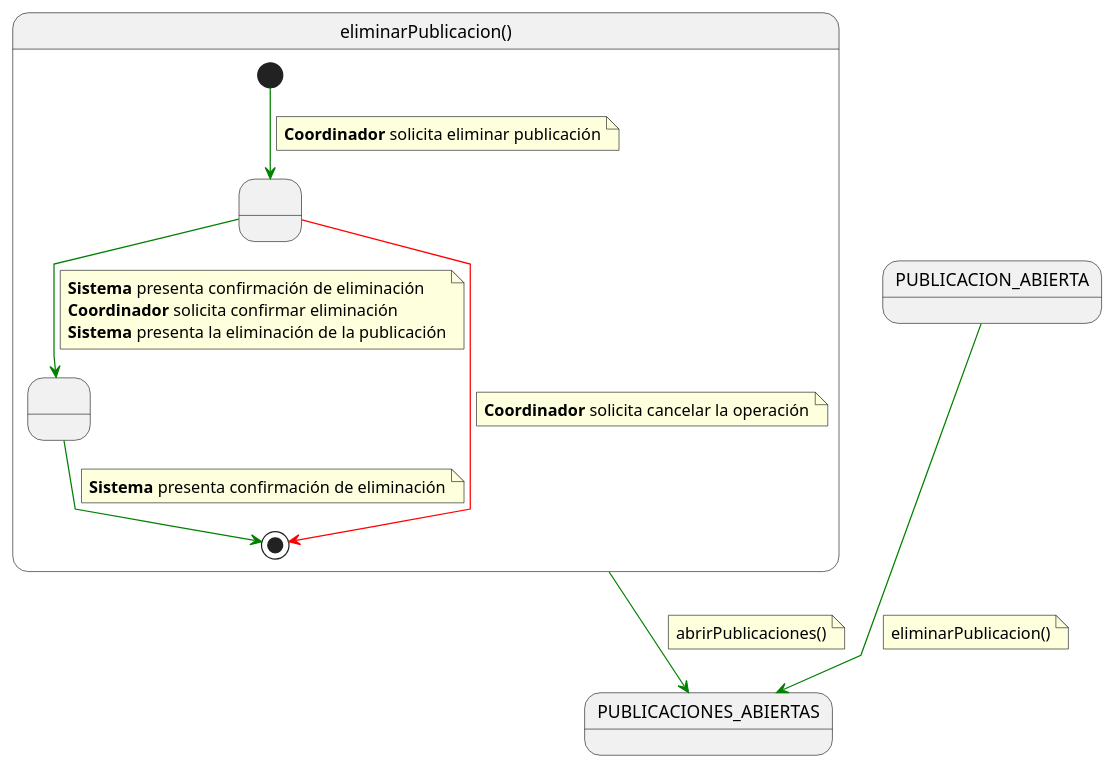
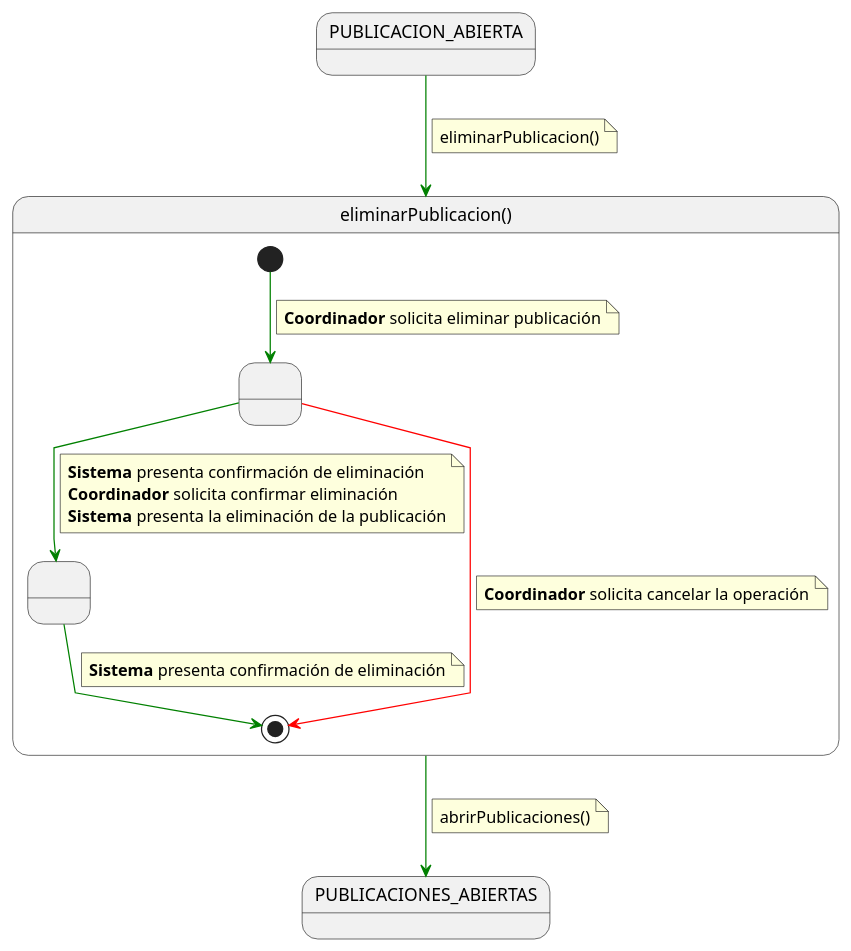
The diagram in documentación/CasosDeUso/Detalle/Coordinador/07-publicaciones/eliminarPublicacion.puml (31Diego/25-26-IdSw1-SdR), drawn with PlantUML before and after one commit. The commit also changed 18 other files, not shown here.

```diff
--- a/documentación/CasosDeUso/Detalle/Coordinador/07-publicaciones/eliminarPublicacion.puml
+++ b/documentación/CasosDeUso/Detalle/Coordinador/07-publicaciones/eliminarPublicacion.puml
@@ -1,43 +1,46 @@
 @startuml eliminarPublicacion
 
 skinparam linetype polyline
+
+state in2 as "PUBLICACION_ABIERTA"
+in2 -[#green]-> eliminarPublicacion
+note on link
+eliminarPublicacion()
+end note
 
 state eliminarPublicacion as "eliminarPublicacion()" {
 
     state " " as ConfirmandoEliminacion
     state " " as PublicacionEliminada
 
     [*] -[#green]-> ConfirmandoEliminacion
     note on link
     <b>Coordinador</b> solicita eliminar publicación
     end note
 
     ConfirmandoEliminacion -[#green]-> PublicacionEliminada
     note on link
     <b>Sistema</b> presenta confirmación de eliminación
     <b>Coordinador</b> solicita confirmar eliminación
     <b>Sistema</b> presenta la eliminación de la publicación
     end note
 
     ConfirmandoEliminacion -[#red]-> [*]
     note on link
     <b>Coordinador</b> solicita cancelar la operación
     end note
 
     PublicacionEliminada -[#green]-> [*]
     note on link
     <b>Sistema</b> presenta confirmación de eliminación
     end note
 }
 
-PUBLICACION_ABIERTA -[#green]-> PUBLICACIONES_ABIERTAS
-note on link
-eliminarPublicacion()
-end note
+
 
 eliminarPublicacion -[#green]-> PUBLICACIONES_ABIERTAS
 note on link
 abrirPublicaciones()
 end note
 
 @enduml
```
